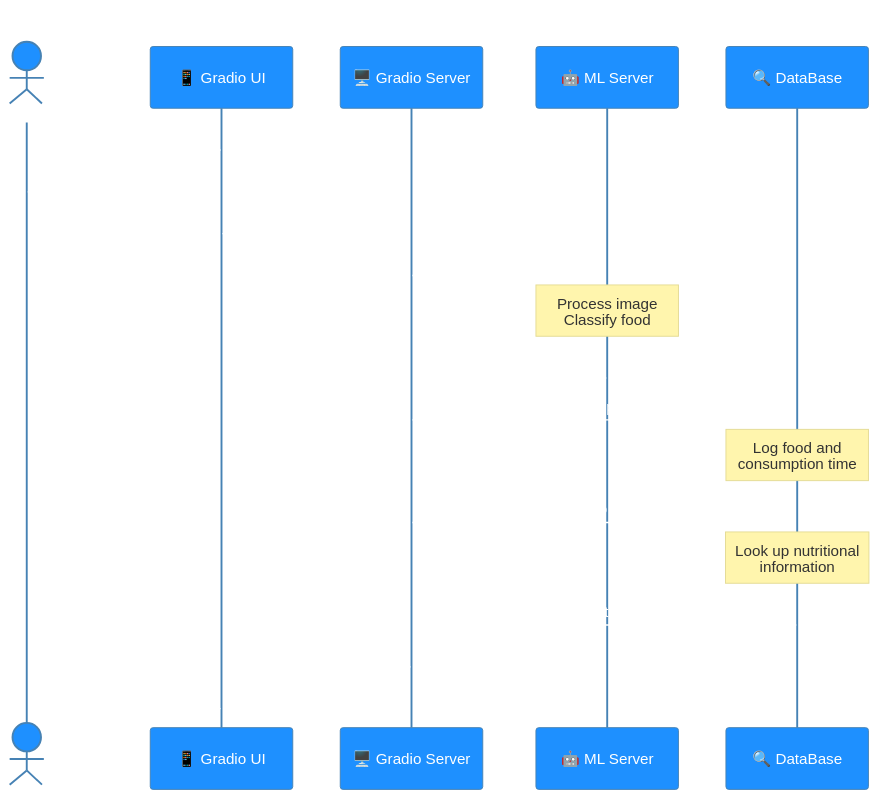
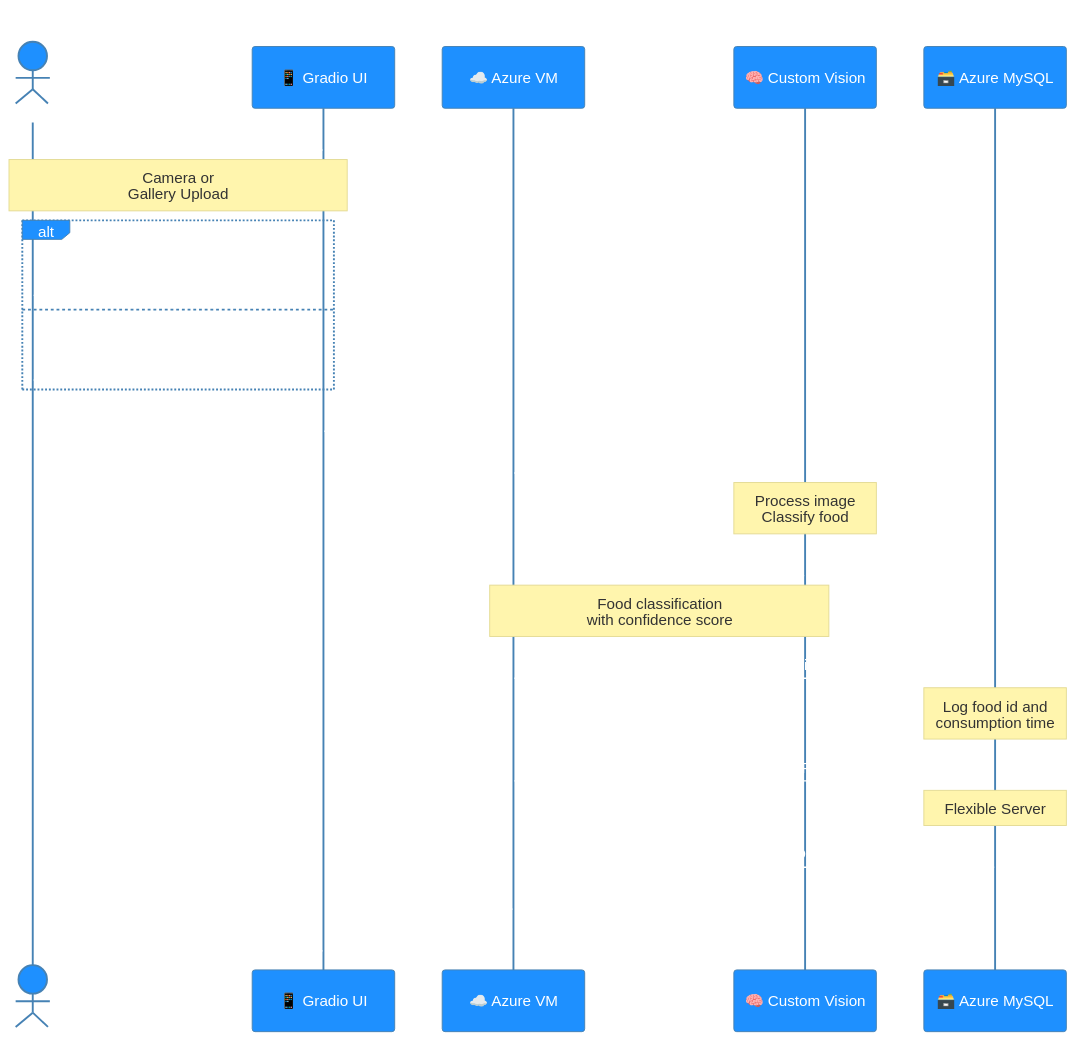
One commit to ms-five-guys/food-decoder changed the second of 2 diagrams in README.md. Above: the diagram before and after it, drawn with Mermaid. The commit also changed other lines of this file, not shown here.

````diff
--- a/README.md
+++ b/README.md
@@ -72,42 +100,49 @@
 ```mermaid
 %%{
   init: {
     'theme': 'base',
     'themeVariables': {
       'primaryColor': '#1E90FF',
       'primaryTextColor': '#FFFFFF',
       'primaryBorderColor': '#4682B4',
       'lineColor': '#32CD32',
       'secondaryColor': '#FFD700',
       'tertiaryColor': '#F0F8FF'
     }
   }
 }%%
 
 sequenceDiagram
     title Image Processing and Nutrition Information
     actor User
     participant UI as 📱 Gradio UI
-    participant Server as 🖥️ Gradio Server
-    participant ML as 🤖 ML Server
-    participant DB as 🔍 DataBase
+    participant VM as ☁️ Azure VM
+    participant ML as 🧠 Custom Vision
+    participant DB as 🗃️ Azure MySQL
     
-    UI->>User: Show Camera
+    UI->>User: Show Image Input Options
+    Note over User,UI: Camera or<br/>Gallery Upload
     
-    User->>UI: Capture Photo
-    UI->>Server: Send Image
+    alt Camera
+        User->>UI: Capture Photo
+    else Gallery
+        User->>UI: Upload Image
+    end
     
-    Server->>ML: Request Prediction
+    UI->>VM: Send Image
+    VM->>ML: Request Prediction
     Note over ML: Process image<br/>Classify food
     
-    ML->>Server: Return Food Name
-    Server->>DB: Record Food Consumption with Timestamp
-    Note over DB: Log food and<br/>consumption time
-    Server->>DB: Query Nutrition Info using Food Name
-    Note over DB: Look up nutritional<br/>information
+    ML->>VM: Return Food Name & Confidence
+    Note over ML,VM: Food classification<br/>with confidence score
     
-    DB->>Server: Return Nutrition Data
+    VM->>DB: Record Food Consumption with Timestamp
+    Note over DB: Log food id and<br/>consumption time
+    VM->>DB: Query Nutrition Info using Food Name
+    Note over DB: Flexible Server
     
-    Server->>UI: Format Result
-    UI->>User: Show Nutrition Info
+    DB->>VM: Return Nutrition Data
+    
+    VM->>UI: Format Result
+    UI->>User: Show Nutrition Info & Confidence
 ```
````
